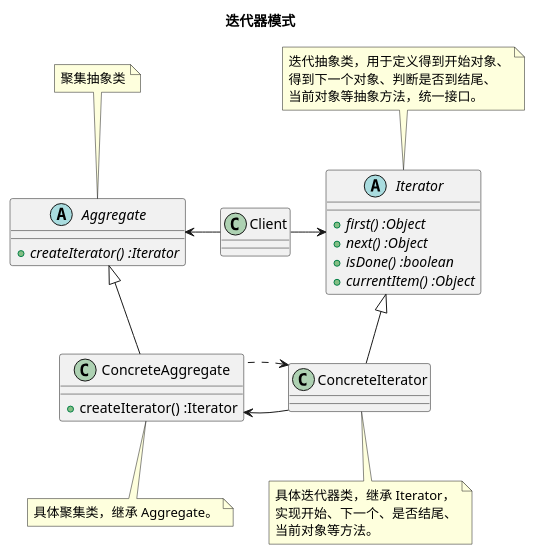
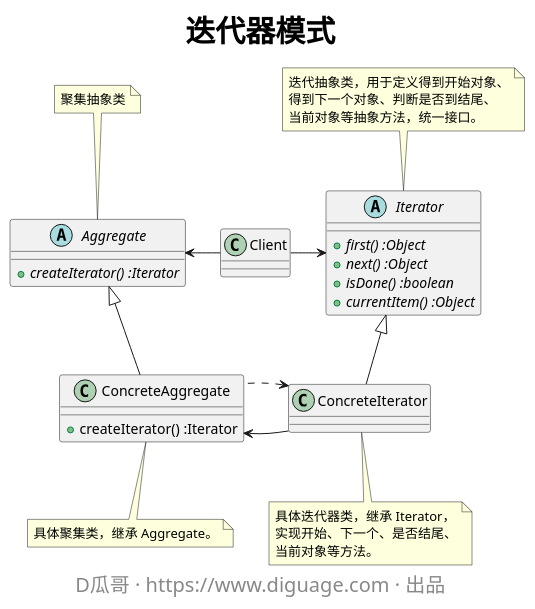
The first of 2 diagrams in docs/java.util.Iterator.adoc (diguage/jdk-source-analysis), drawn with PlantUML before and after one commit. The commit also changed 14 other files, not shown here.

```diff
--- a/docs/java.util.Iterator.adoc
+++ b/docs/java.util.Iterator.adoc
@@ -25,44 +25,48 @@
 [plantuml,{diagram_attr}]
 ....
 @startuml
 'skinparam nodesep 70
+skinparam titleFontSize 30
 skinparam defaultFontName Hiragino Sans GB
 
-title <b>迭代器模式</b>
+title **迭代器模式**
 
 abstract class Iterator {
 + {abstract} first() :Object
 + {abstract} next() :Object
 + {abstract} isDone() :boolean
 + {abstract} currentItem() :Object
 }
 note top: 迭代抽象类，用于定义得到开始对象、\n得到下一个对象、判断是否到结尾、\n当前对象等抽象方法，统一接口。
 
 class ConcreteIterator {
 }
 note bottom: 具体迭代器类，继承 Iterator，\n实现开始、下一个、是否结尾、\n当前对象等方法。
 
 abstract class Aggregate {
 + {abstract} createIterator() :Iterator
 }
 note top: 聚集抽象类
 
 class ConcreteAggregate {
 + createIterator() :Iterator
 }
 note bottom: 具体聚集类，继承 Aggregate。
 
 class Client {
 }
 
 Client -left-> Aggregate
 Client -right-> Iterator
 
 Aggregate <|-- ConcreteAggregate
 Iterator <|-- ConcreteIterator
 
 ConcreteIterator -left-> ConcreteAggregate
 ConcreteIterator <.. ConcreteAggregate
 
+skinparam footerFontSize 20
+footer D瓜哥 · https://www.diguage.com · 出品
+
 @enduml
 ....
```
